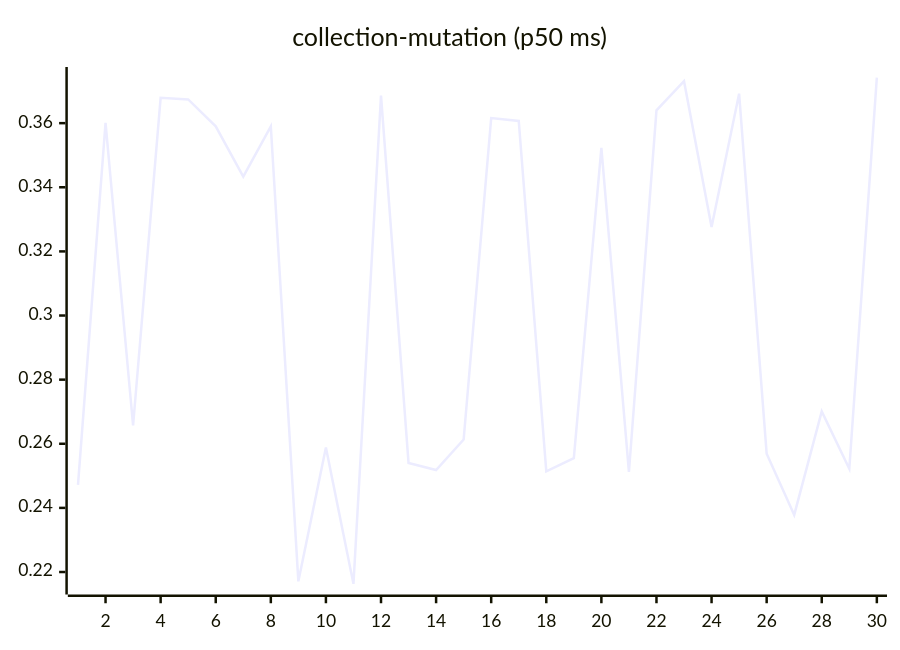
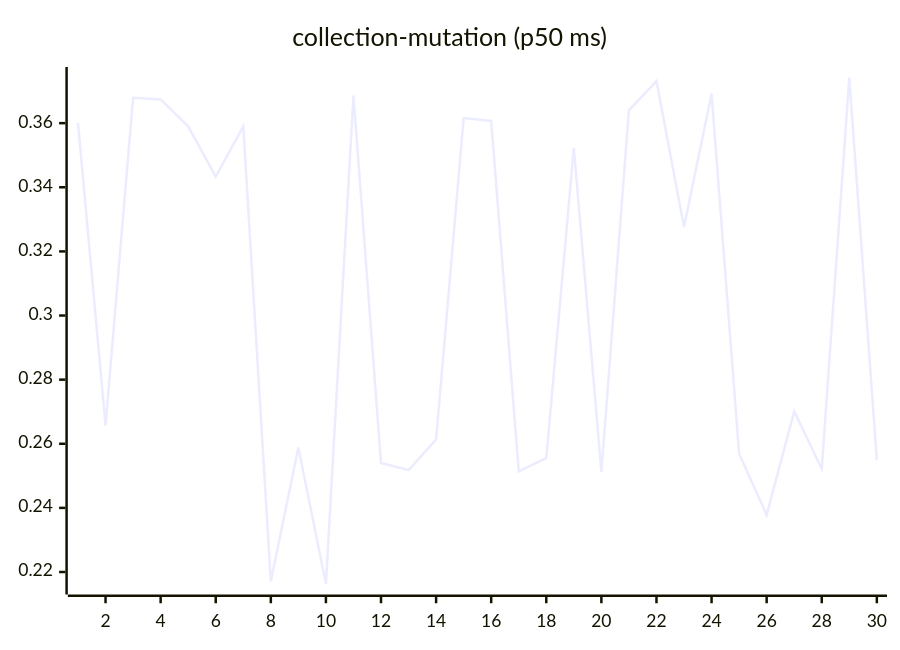
The sixth of 27 diagrams in README.md (josha/Facet), drawn with Mermaid before and after one commit. The commit also changed other lines of this file and 2 other files, not shown here.

````diff
--- a/README.md
+++ b/README.md
@@ -98,6 +98,6 @@
 ```mermaid
 xychart-beta
     title "collection-mutation (p50 ms)"
     x-axis 1 --> 30
-    line [0.2472, 0.3601, 0.2657, 0.3679, 0.3674, 0.3590, 0.3433, 0.3590, 0.2171, 0.2588, 0.2163, 0.3686, 0.2540, 0.2518, 0.2613, 0.3616, 0.3607, 0.2514, 0.2555, 0.3523, 0.2512, 0.3640, 0.3731, 0.3276, 0.3692, 0.2569, 0.2378, 0.2701, 0.2522, 0.3742]
+    line [0.3601, 0.2657, 0.3679, 0.3674, 0.3590, 0.3433, 0.3590, 0.2171, 0.2588, 0.2163, 0.3686, 0.2540, 0.2518, 0.2613, 0.3616, 0.3607, 0.2514, 0.2555, 0.3523, 0.2512, 0.3640, 0.3731, 0.3276, 0.3692, 0.2569, 0.2378, 0.2701, 0.2522, 0.3742, 0.2549]
 ```
````
